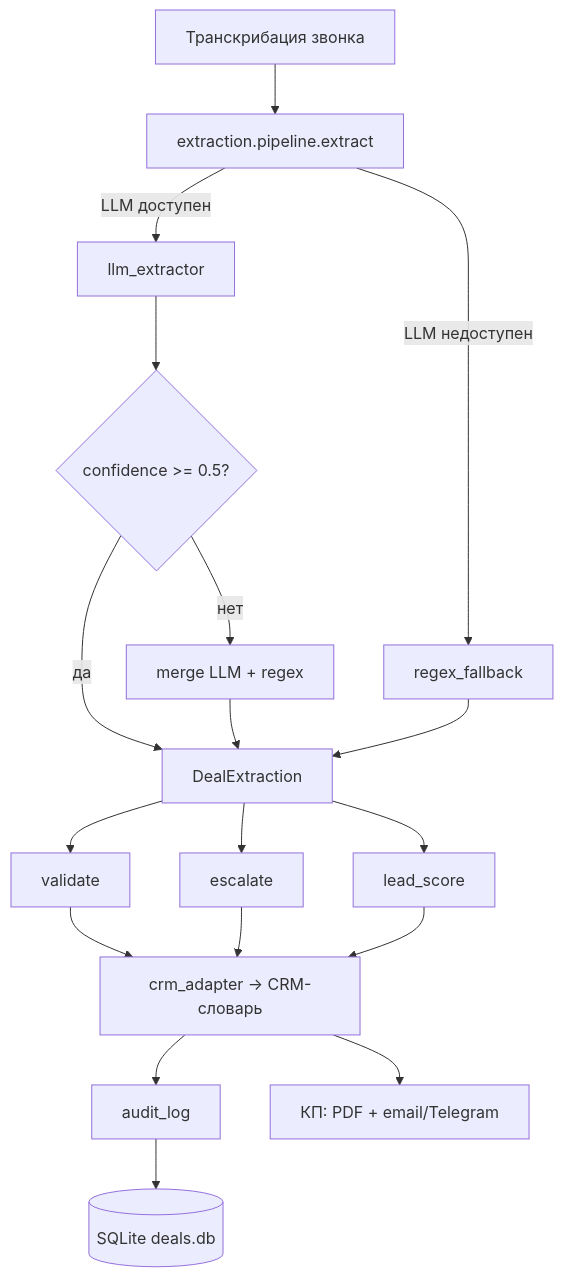
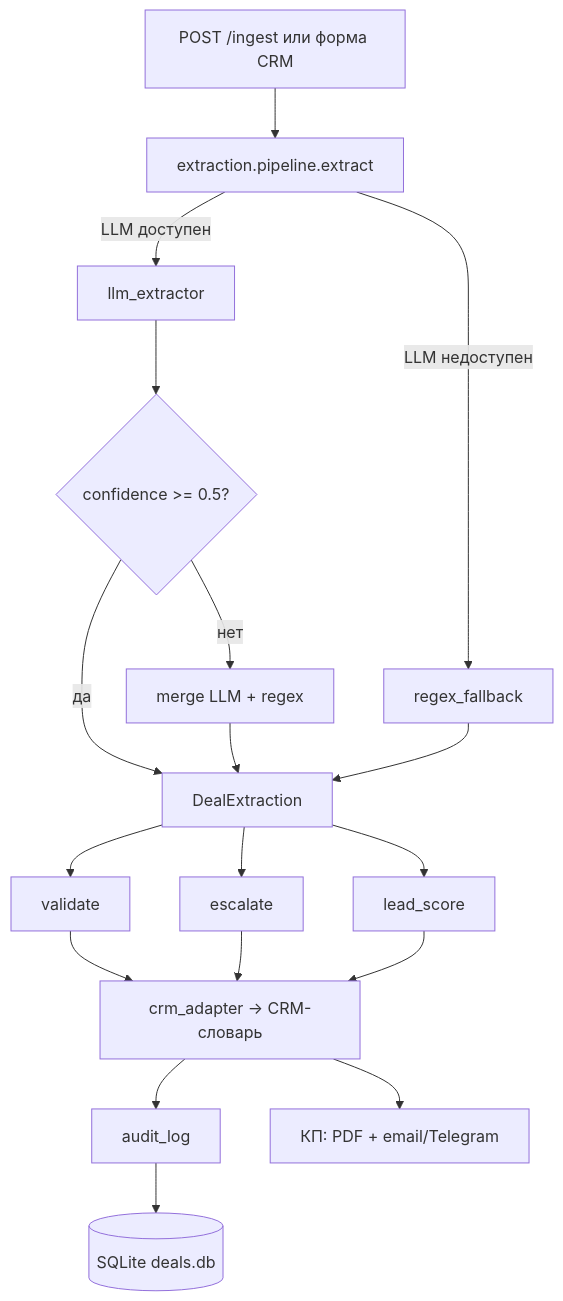
The diagram in docs/ARCHITECTURE.md (PavelKarikoff/OfferDesk), drawn with Mermaid before and after one commit. The commit also changed other lines of this file and 10 other files, not shown here.

First line of the commit message:
feat(ingest): POST /ingest — публичный вход в контур квалификации

````diff
--- a/docs/ARCHITECTURE.md
+++ b/docs/ARCHITECTURE.md
@@ -5,20 +5,20 @@
 ```mermaid
 flowchart TD
-    T[Транскрибация звонка] --> P[extraction.pipeline.extract]
+    T[POST /ingest или форма CRM] --> P[extraction.pipeline.extract]
     P -->|LLM доступен| L[llm_extractor]
     P -->|LLM недоступен| R[regex_fallback]
     L --> C{confidence >= 0.5?}
     C -->|да| D[DealExtraction]
     C -->|нет| M[merge LLM + regex]
     M --> D
     R --> D
     D --> V[validate]
     D --> E[escalate]
     D --> S[lead_score]
     V --> CRM[crm_adapter -> CRM-словарь]
     E --> CRM
     S --> CRM
     CRM --> A[audit_log]
     A --> DB[(SQLite deals.db)]
     CRM --> K[КП: PDF + email/Telegram]
 ```
````
